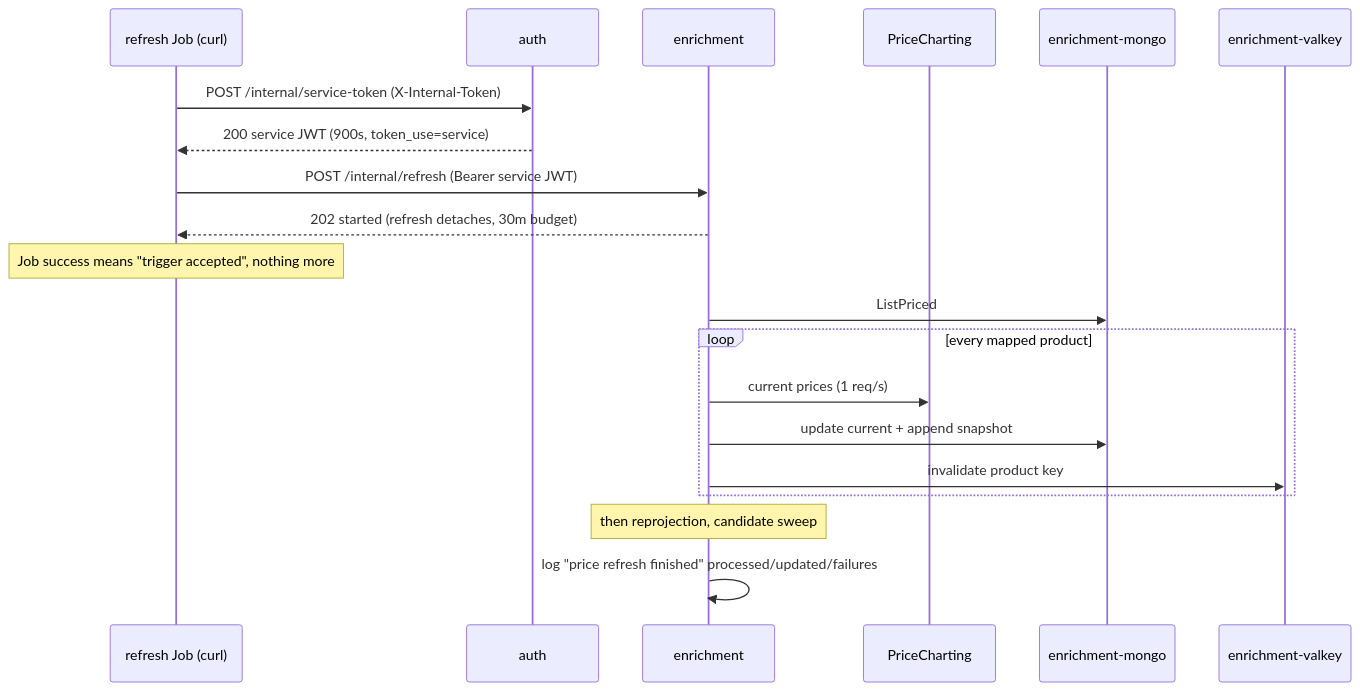
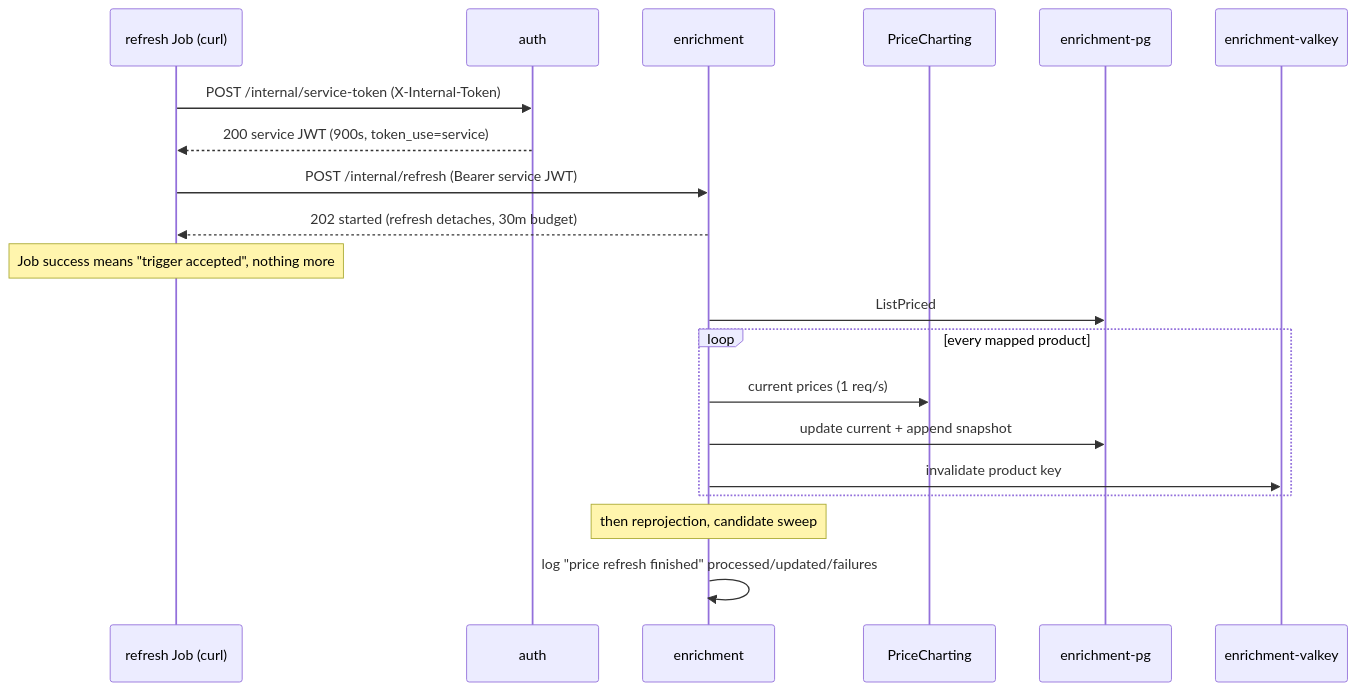
Before and after one commit to levonn-dev/vg-collect: the second of 2 diagrams in docs/runbooks/enrichment.md, drawn with Mermaid. The commit also changed other lines of this file and 6 other files, not shown here.

````diff
--- a/docs/runbooks/enrichment.md
+++ b/docs/runbooks/enrichment.md
@@ -99,22 +99,22 @@
 ```mermaid
 sequenceDiagram
     participant J as refresh Job (curl)
     participant A as auth
     participant E as enrichment
     participant P as PriceCharting
-    participant M as enrichment-mongo
+    participant D as enrichment-pg
     participant V as enrichment-valkey
     J->>A: POST /internal/service-token (X-Internal-Token)
     A-->>J: 200 service JWT (900s, token_use=service)
     J->>E: POST /internal/refresh (Bearer service JWT)
     E-->>J: 202 started (refresh detaches, 30m budget)
     Note over J: Job success means "trigger accepted", nothing more
-    E->>M: ListPriced
+    E->>D: ListPriced
     loop every mapped product
         E->>P: current prices (1 req/s)
-        E->>M: update current + append snapshot
+        E->>D: update current + append snapshot
         E->>V: invalidate product key
     end
     Note over E: then reprojection, candidate sweep
     E->>E: log "price refresh finished" processed/updated/failures
 ```
````
